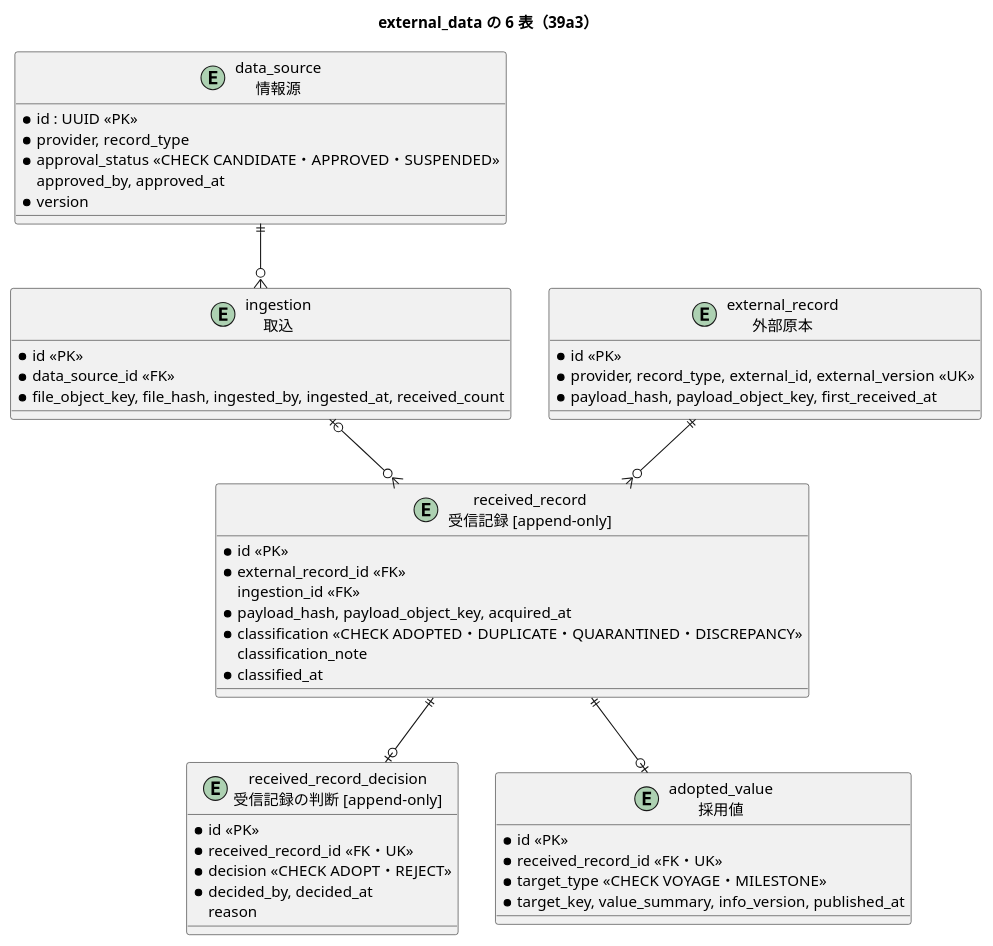
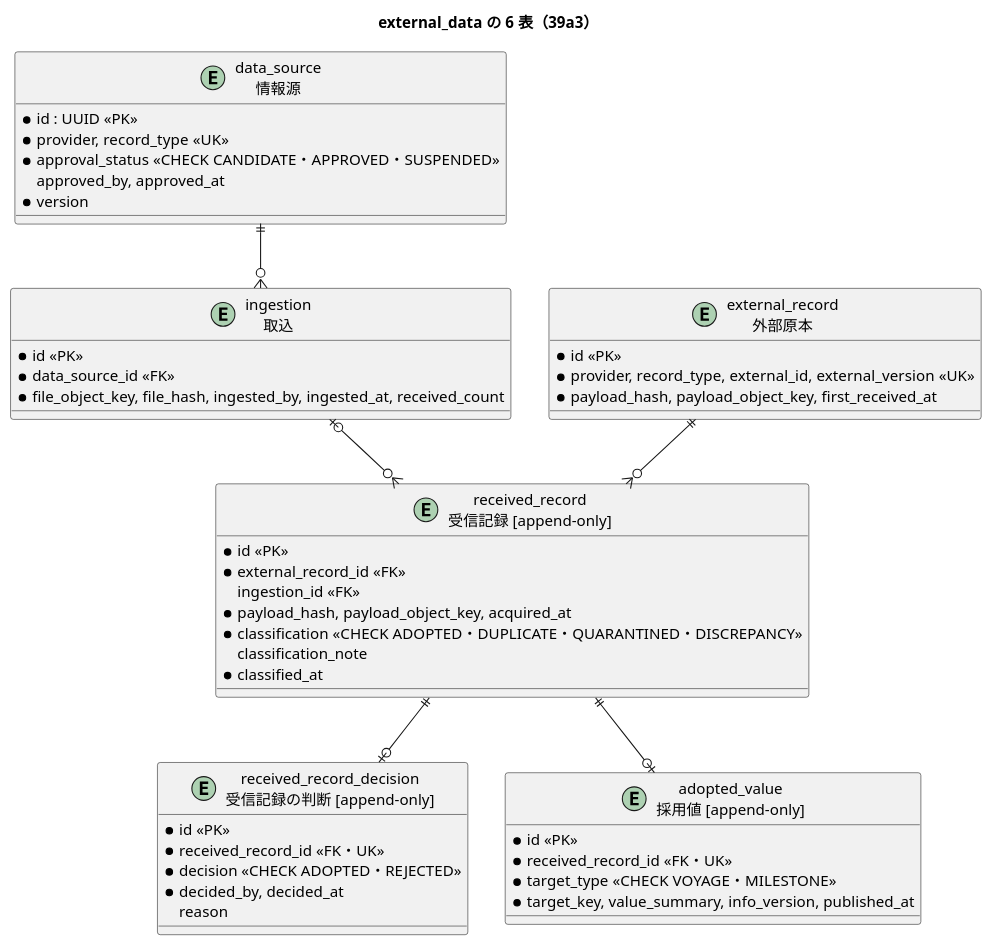
One commit to k2works/practical-domain-driven-design-in-enterpris-application changed the diagram in docs/development/cargo-tracker/bolt_39a3_plan.md. Above: the diagram before and after it, drawn with PlantUML. The commit also changed other lines of this file and 1 other file, not shown here.

````diff
--- a/docs/development/cargo-tracker/bolt_39a3_plan.md
+++ b/docs/development/cargo-tracker/bolt_39a3_plan.md
@@ -96,49 +93,49 @@
 ```plantuml
 @startuml
 title external_data の 6 表（39a3）
 entity data_source as "data_source\n情報源" {
   * id : UUID <<PK>>
-  * provider, record_type
+  * provider, record_type <<UK>>
   * approval_status <<CHECK CANDIDATE・APPROVED・SUSPENDED>>
   approved_by, approved_at
   * version
 }
 entity ingestion as "ingestion\n取込" {
   * id <<PK>>
   * data_source_id <<FK>>
   * file_object_key, file_hash, ingested_by, ingested_at, received_count
 }
 entity external_record as "external_record\n外部原本" {
   * id <<PK>>
   * provider, record_type, external_id, external_version <<UK>>
   * payload_hash, payload_object_key, first_received_at
 }
 entity received_record as "received_record\n受信記録 [append-only]" {
   * id <<PK>>
   * external_record_id <<FK>>
   ingestion_id <<FK>>
   * payload_hash, payload_object_key, acquired_at
   * classification <<CHECK ADOPTED・DUPLICATE・QUARANTINED・DISCREPANCY>>
   classification_note
   * classified_at
 }
 entity received_record_decision as "received_record_decision\n受信記録の判断 [append-only]" {
   * id <<PK>>
   * received_record_id <<FK・UK>>
-  * decision <<CHECK ADOPT・REJECT>>
+  * decision <<CHECK ADOPTED・REJECTED>>
   * decided_by, decided_at
   reason
 }
-entity adopted_value as "adopted_value\n採用値" {
+entity adopted_value as "adopted_value\n採用値 [append-only]" {
   * id <<PK>>
   * received_record_id <<FK・UK>>
   * target_type <<CHECK VOYAGE・MILESTONE>>
   * target_key, value_summary, info_version, published_at
 }
 data_source ||--o{ ingestion
 ingestion |o--o{ received_record
 external_record ||--o{ received_record
 received_record ||--o| received_record_decision
 received_record ||--o| adopted_value
 @enduml
 ```
````
